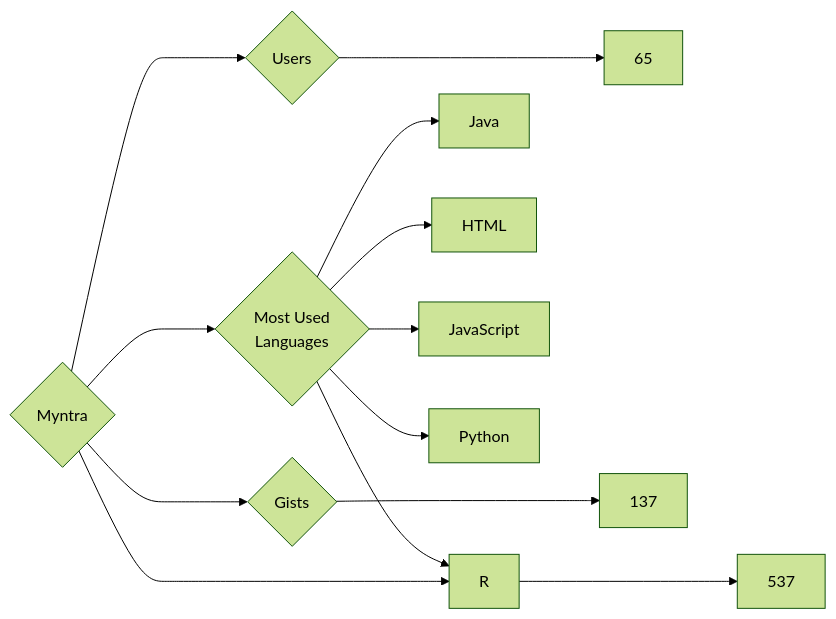
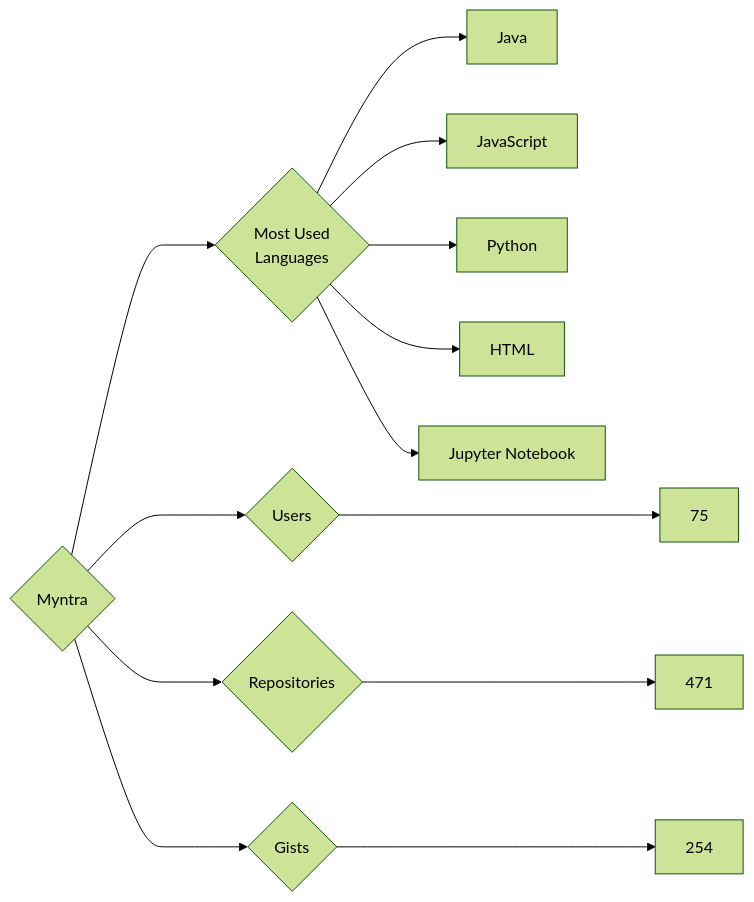
The diagram in targets/Myntra/README.md (trickest/insiders), drawn with Mermaid (forest theme) before and after one commit. The commit also changed 903 other files, not shown here.

````diff
--- a/targets/Myntra/README.md
+++ b/targets/Myntra/README.md
@@ -3,13 +3,13 @@
 ```mermaid
 graph LR
 COMPANY_NAME{Myntra}
-COMPANY_NAME ---> U{Users} ---> UN[65]
-COMPANY_NAME ---> R{Repositories} ---> RN[537]
-COMPANY_NAME ---> G{Gists} ---> GN[137]
+COMPANY_NAME ---> U{Users} ---> UN[75]
+COMPANY_NAME ---> R{Repositories} ---> RN[471]
+COMPANY_NAME ---> G{Gists} ---> GN[254]
 COMPANY_NAME ---> ML{Most Used<br>Languages}
 ML --> Java[Java]
-ML --> HTML[HTML]
-ML --> R[R]
 ML --> JavaScript[JavaScript]
 ML --> Python[Python]
+ML --> HTML[HTML]
+ML --> Jupyter_Notebook[Jupyter Notebook]
 ```
````
